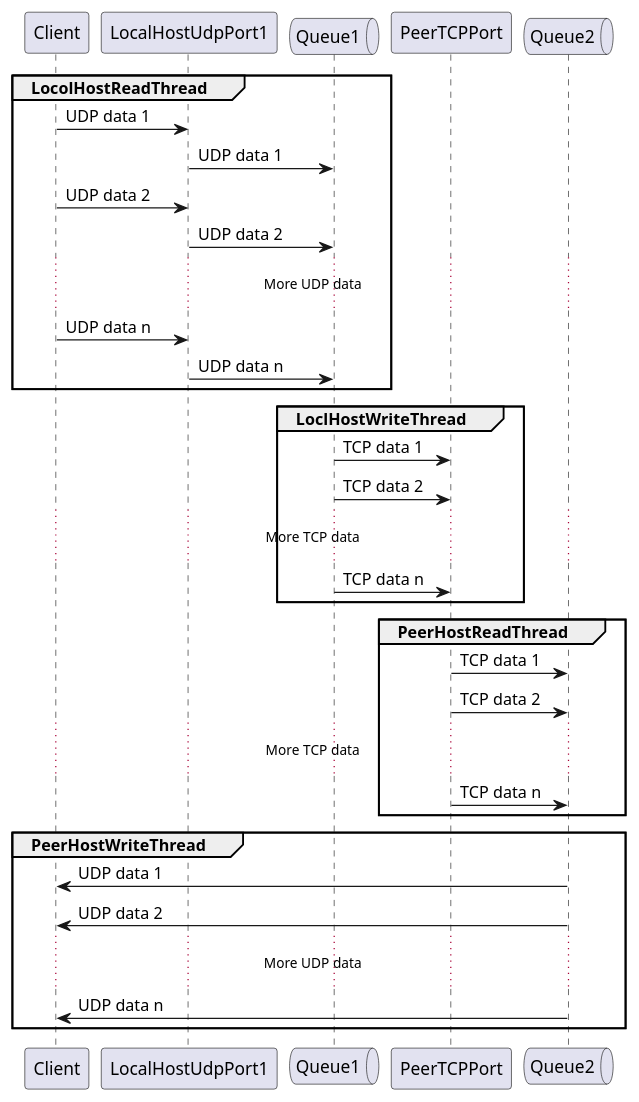
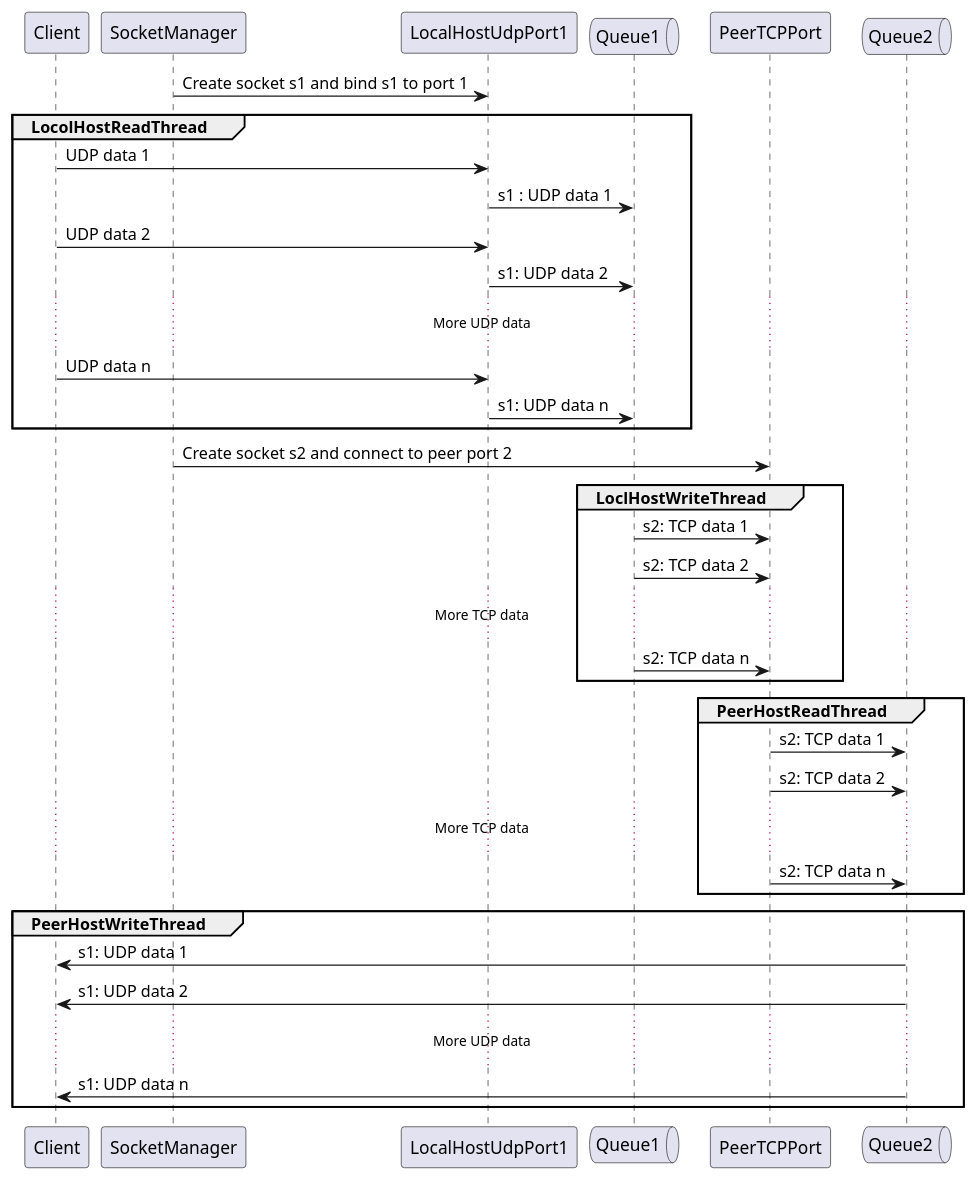
One commit to xiguichen/tcpudp changed the first of 6 diagrams in doc/architecture.md. Above: the diagram before and after it, drawn with PlantUML. The commit also changed other lines of this file, not shown here.

```diff
--- a/doc/architecture.md
+++ b/doc/architecture.md
@@ -3,41 +3,48 @@
 @startuml
 
 participant Client 
+participant SocketManager
 participant LocalHostUdpPort1
 queue Queue1
 participant PeerTCPPort
 queue Queue2
 
+SocketManager -> LocalHostUdpPort1: Create socket s1 and bind s1 to port 1
+
 group LocolHostReadThread
     Client -> LocalHostUdpPort1 : UDP data 1
-    LocalHostUdpPort1 -> Queue1: UDP data 1
+    LocalHostUdpPort1 -> Queue1: s1 : UDP data 1
     Client -> LocalHostUdpPort1 : UDP data 2
-    LocalHostUdpPort1 -> Queue1: UDP data 2
+    LocalHostUdpPort1 -> Queue1: s1: UDP data 2
     ... More UDP data ...
     Client -> LocalHostUdpPort1 : UDP data n
-    LocalHostUdpPort1 -> Queue1: UDP data n
+    LocalHostUdpPort1 -> Queue1: s1: UDP data n
 end
 
+
+
+SocketManager -> PeerTCPPort: Create socket s2 and connect to peer port 2
+
 group LoclHostWriteThread
-    Queue1 -> PeerTCPPort: TCP data 1
-    Queue1 -> PeerTCPPort: TCP data 2
+    Queue1 -> PeerTCPPort: s2: TCP data 1
+    Queue1 -> PeerTCPPort: s2: TCP data 2
     ... More TCP data ...
-    Queue1 -> PeerTCPPort: TCP data n
+    Queue1 -> PeerTCPPort: s2: TCP data n
 end
 
 group PeerHostReadThread
-    PeerTCPPort -> Queue2: TCP data 1
-    PeerTCPPort -> Queue2: TCP data 2
+    PeerTCPPort -> Queue2: s2: TCP data 1
+    PeerTCPPort -> Queue2: s2: TCP data 2
     ... More TCP data ...
-    PeerTCPPort -> Queue2: TCP data n
+    PeerTCPPort -> Queue2: s2: TCP data n
 end
 
 
 group PeerHostWriteThread
-    Queue2 -> Client: UDP data 1
-    Queue2 -> Client: UDP data 2
+    Queue2 -> Client: s1: UDP data 1
+    Queue2 -> Client: s1: UDP data 2
     ... More UDP data ...
-    Queue2 -> Client: UDP data n
+    Queue2 -> Client: s1: UDP data n
 end
 
 @enduml
```
